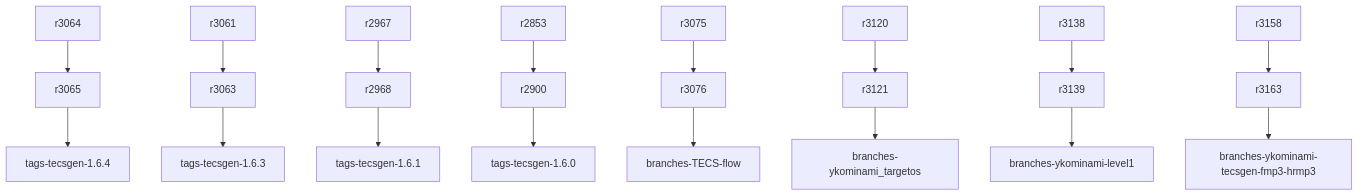
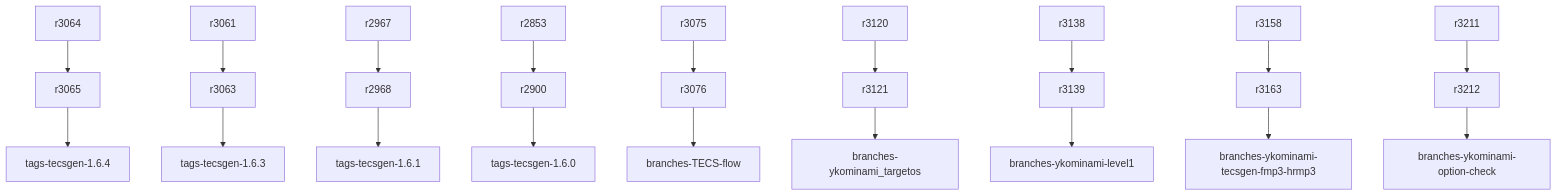
The diagram in tecsgen_B.md (ykominami/testxprj), drawn with Mermaid before and after one commit.

````diff
--- a/tecsgen_B.md
+++ b/tecsgen_B.md
@@ -1,24 +1,28 @@
 ```mermaid
 
 graph TD;
   r3065-->tags-tecsgen-1.6.4;
   r3064-->r3065;
   r3063-->tags-tecsgen-1.6.3;
   r3061-->r3063;
   r2968-->tags-tecsgen-1.6.1;
   r2967-->r2968;
   r2900-->tags-tecsgen-1.6.0;
   r2853-->r2900;
   
   r3076-->branches-TECS-flow;
   r3075-->r3076;
 
   r3121-->branches-ykominami_targetos;
   r3120-->r3121;
 
   r3139-->branches-ykominami-level1;
   r3138-->r3139;
 
   r3163-->branches-ykominami-tecsgen-fmp3-hrmp3;
   r3158-->r3163;
+
+  r3212-->branches-ykominami-option-check;
+  r3211-->r3212;
+
 ```
````
